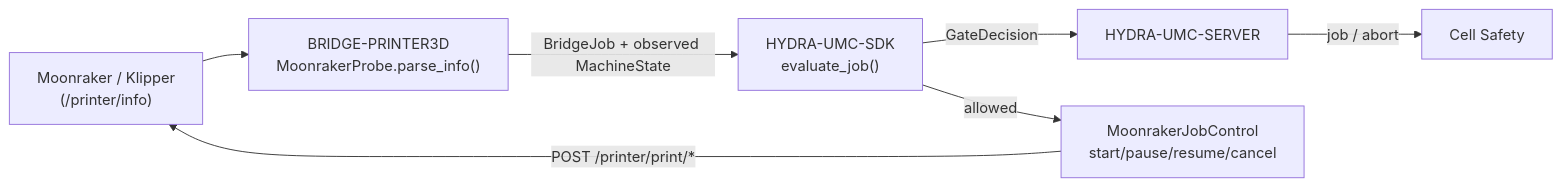
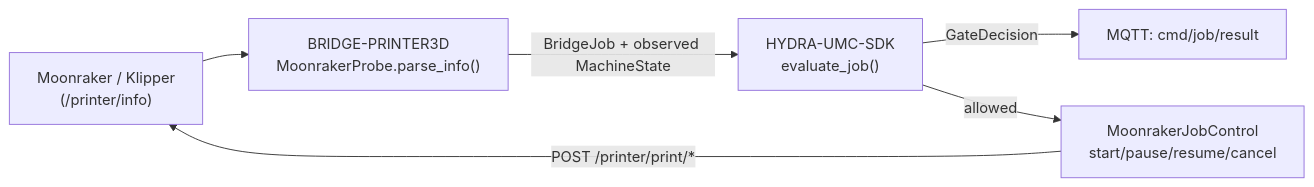
One commit to JuanenRac/HYDRA-UMC-BRIDGE-PRINTER3D changed the diagram in README.md. Above: the diagram before and after it, drawn with Mermaid. The commit also changed other lines of this file and 21 other files, not shown here.

````diff
--- a/README.md
+++ b/README.md
@@ -50,9 +51,8 @@
 ```mermaid
 flowchart LR
     PRINTER["Moonraker / Klipper<br/>(/printer/info)"] --> BRIDGE["BRIDGE-PRINTER3D<br/>MoonrakerProbe.parse_info()"]
     BRIDGE -- "BridgeJob + observed MachineState" --> SDK["HYDRA-UMC-SDK<br/>evaluate_job()"]
-    SDK -- GateDecision --> SERVER["HYDRA-UMC-SERVER"]
-    SERVER -- "job / abort" --> CELL["Cell Safety"]
+    SDK -- GateDecision --> RESULT["MQTT: cmd/job/result"]
     SDK -- "allowed" --> JOBCTRL["MoonrakerJobControl<br/>start/pause/resume/cancel"]
     JOBCTRL -- "POST /printer/print/*" --> PRINTER
 ```
````
